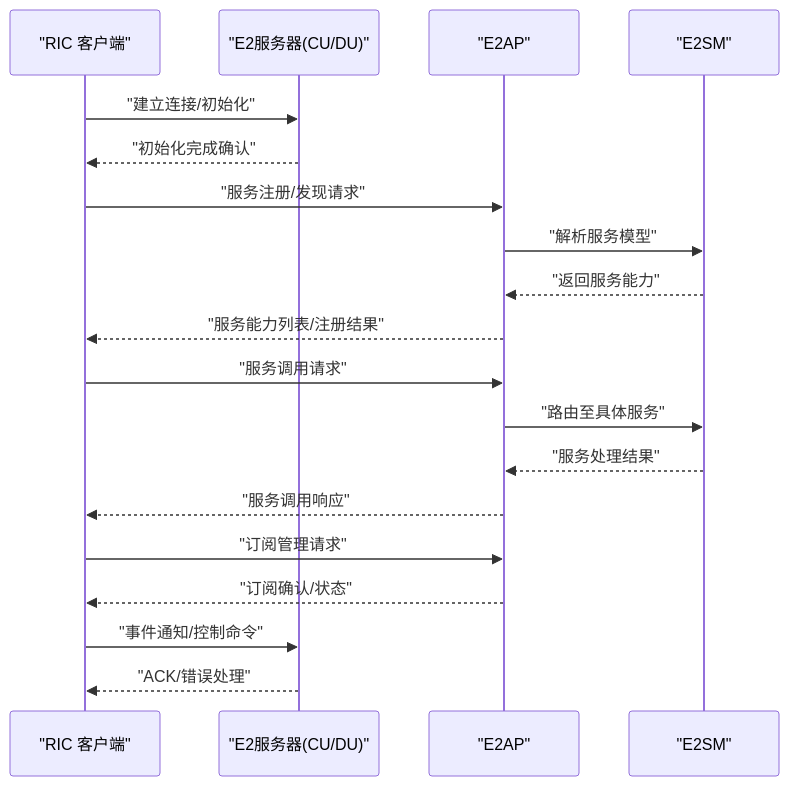
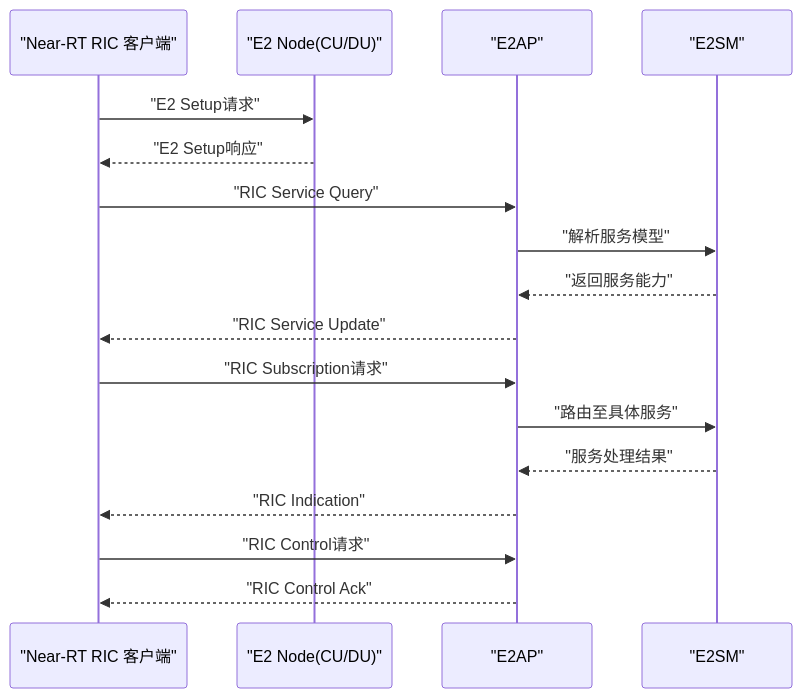
The third of 6 diagrams in .qoder/repowiki/zh/content/基础知识体系/接口标准系统/E2接口协议.md (allengaller/oran-database), drawn with Mermaid before and after one commit. The commit also changed other lines of this file and 32 other files, not shown here.

````diff
--- a/.qoder/repowiki/zh/content/基础知识体系/接口标准系统/E2接口协议.md
+++ b/.qoder/repowiki/zh/content/基础知识体系/接口标准系统/E2接口协议.md
@@ -115,21 +125,19 @@
 ```mermaid
 sequenceDiagram
-participant RIC as "RIC 客户端"
-participant E2S as "E2服务器(CU/DU)"
+participant RIC as "Near-RT RIC 客户端"
+participant E2N as "E2 Node(CU/DU)"
 participant AP as "E2AP"
 participant SM as "E2SM"
-RIC->>E2S : "建立连接/初始化"
-E2S-->>RIC : "初始化完成确认"
-RIC->>AP : "服务注册/发现请求"
+RIC->>E2N : "E2 Setup请求"
+E2N-->>RIC : "E2 Setup响应"
+RIC->>AP : "RIC Service Query"
 AP->>SM : "解析服务模型"
 SM-->>AP : "返回服务能力"
-AP-->>RIC : "服务能力列表/注册结果"
-RIC->>AP : "服务调用请求"
+AP-->>RIC : "RIC Service Update"
+RIC->>AP : "RIC Subscription请求"
 AP->>SM : "路由至具体服务"
 SM-->>AP : "服务处理结果"
-AP-->>RIC : "服务调用响应"
-RIC->>AP : "订阅管理请求"
-AP-->>RIC : "订阅确认/状态"
-RIC->>E2S : "事件通知/控制命令"
-E2S-->>RIC : "ACK/错误处理"
+AP-->>RIC : "RIC Indication"
+RIC->>AP : "RIC Control请求"
+AP-->>RIC : "RIC Control Ack"
 ```
````
